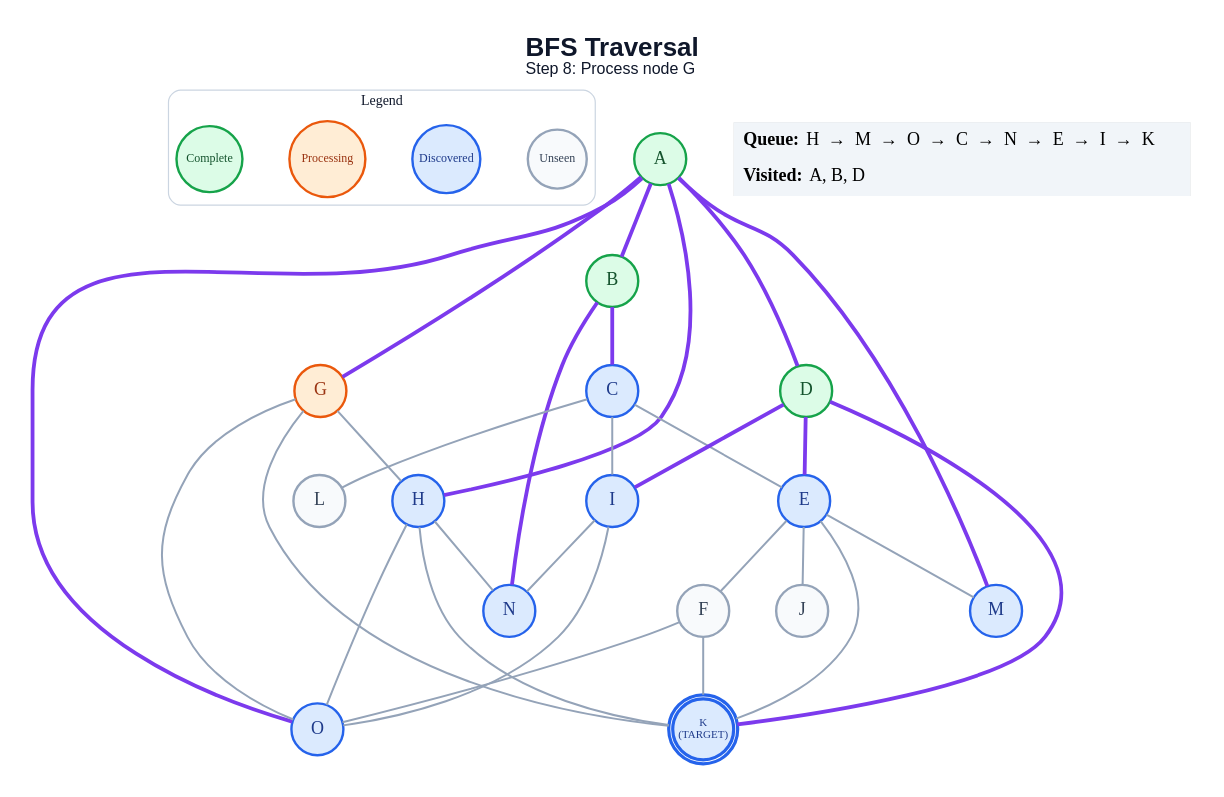
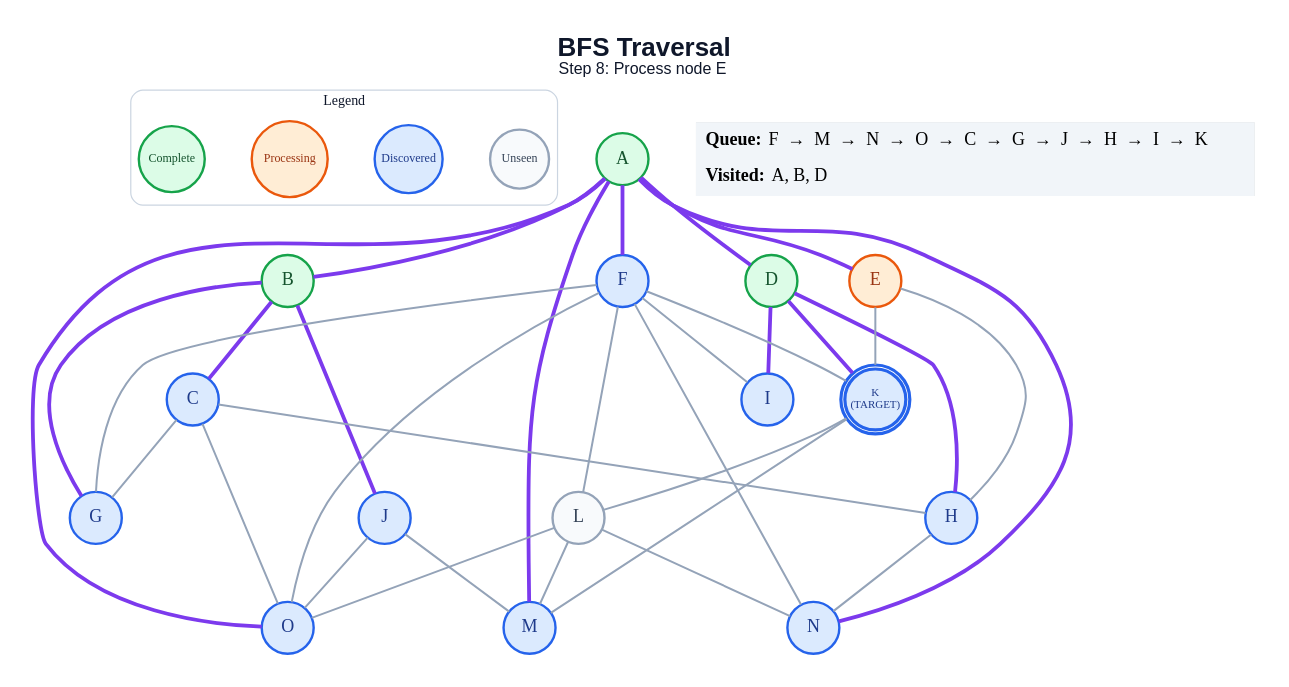
Before and after one commit to anon7238593-create/ai-slop: the diagram in generated/specific-node/bfs/step_08.dot, drawn with Graphviz. The commit also changed 260 other files, not shown here.

```diff
--- a/generated/specific-node/bfs/step_08.dot
+++ b/generated/specific-node/bfs/step_08.dot
@@ -1,62 +1,66 @@
 graph traversal {
   graph [layout=dot, rankdir=TB, bgcolor="#FFFFFF", pad="0.35", nodesep="0.65", ranksep="0.8", fontname="Arial"];
   node [shape=circle, style="filled", fontname="Arial Bold", fontsize=18, width=0.72, fixedsize=true, penwidth=2.4];
   edge [color="#94A3B8", penwidth=2.0];
-  label=<<B>BFS Traversal</B><BR/><FONT POINT-SIZE="16">Step 8: Process node G</FONT>>; labelloc="t"; fontsize=26; fontname="Arial"; fontcolor="#0F172A";
+  label=<<B>BFS Traversal</B><BR/><FONT POINT-SIZE="16">Step 8: Process node E</FONT>>; labelloc="t"; fontsize=26; fontname="Arial"; fontcolor="#0F172A";
   subgraph cluster_legend { label="Legend"; color="#CBD5E1"; penwidth=1.2; style="rounded"; fontsize=14; fontname="Arial Bold";
     key_unseen [label="Unseen", fillcolor="#F8FAFC", color="#94A3B8", fontcolor="#334155", fontsize=12, width=0.82];
     key_frontier [label="Discovered", fillcolor="#DBEAFE", color="#2563EB", fontcolor="#1E3A8A", fontsize=12, width=0.95];
     key_current [label="Processing", fillcolor="#FFEDD5", color="#EA580C", fontcolor="#9A3412", fontsize=12, width=1.05];
     key_done [label="Complete", fillcolor="#DCFCE7", color="#16A34A", fontcolor="#14532D", fontsize=12, width=0.92];
     { rank=same; key_unseen; key_frontier; key_current; key_done; }
   }
   A [label="A", fillcolor="#DCFCE7", color="#16A34A", fontcolor="#14532D", peripheries=1, penwidth=2.4];
   B [label="B", fillcolor="#DCFCE7", color="#16A34A", fontcolor="#14532D", peripheries=1, penwidth=2.4];
   C [label="C", fillcolor="#DBEAFE", color="#2563EB", fontcolor="#1E3A8A", peripheries=1, penwidth=2.4];
   D [label="D", fillcolor="#DCFCE7", color="#16A34A", fontcolor="#14532D", peripheries=1, penwidth=2.4];
-  E [label="E", fillcolor="#DBEAFE", color="#2563EB", fontcolor="#1E3A8A", peripheries=1, penwidth=2.4];
-  F [label="F", fillcolor="#F8FAFC", color="#94A3B8", fontcolor="#334155", peripheries=1, penwidth=2.4];
-  G [label="G", fillcolor="#FFEDD5", color="#EA580C", fontcolor="#9A3412", peripheries=1, penwidth=2.4];
+  E [label="E", fillcolor="#FFEDD5", color="#EA580C", fontcolor="#9A3412", peripheries=1, penwidth=2.4];
+  F [label="F", fillcolor="#DBEAFE", color="#2563EB", fontcolor="#1E3A8A", peripheries=1, penwidth=2.4];
+  G [label="G", fillcolor="#DBEAFE", color="#2563EB", fontcolor="#1E3A8A", peripheries=1, penwidth=2.4];
   H [label="H", fillcolor="#DBEAFE", color="#2563EB", fontcolor="#1E3A8A", peripheries=1, penwidth=2.4];
   I [label="I", fillcolor="#DBEAFE", color="#2563EB", fontcolor="#1E3A8A", peripheries=1, penwidth=2.4];
-  J [label="J", fillcolor="#F8FAFC", color="#94A3B8", fontcolor="#334155", peripheries=1, penwidth=2.4];
+  J [label="J", fillcolor="#DBEAFE", color="#2563EB", fontcolor="#1E3A8A", peripheries=1, penwidth=2.4];
   K [label="K\n(TARGET)", fillcolor="#DBEAFE", color="#2563EB", fontcolor="#1E3A8A", peripheries=2, penwidth=3.2, fontsize=11, width=0.85, height=0.85];
   L [label="L", fillcolor="#F8FAFC", color="#94A3B8", fontcolor="#334155", peripheries=1, penwidth=2.4];
   M [label="M", fillcolor="#DBEAFE", color="#2563EB", fontcolor="#1E3A8A", peripheries=1, penwidth=2.4];
   N [label="N", fillcolor="#DBEAFE", color="#2563EB", fontcolor="#1E3A8A", peripheries=1, penwidth=2.4];
   O [label="O", fillcolor="#DBEAFE", color="#2563EB", fontcolor="#1E3A8A", peripheries=1, penwidth=2.4];
   A -- B [color="#7C3AED", penwidth=3.8];
   A -- D [color="#7C3AED", penwidth=3.8];
-  A -- G [color="#7C3AED", penwidth=3.8];
-  A -- H [color="#7C3AED", penwidth=3.8];
+  A -- E [color="#7C3AED", penwidth=3.8];
+  A -- F [color="#7C3AED", penwidth=3.8];
   A -- M [color="#7C3AED", penwidth=3.8];
+  A -- N [color="#7C3AED", penwidth=3.8];
   A -- O [color="#7C3AED", penwidth=3.8];
   B -- C [color="#7C3AED", penwidth=3.8];
-  B -- N [color="#7C3AED", penwidth=3.8];
-  C -- E;
-  C -- I;
-  C -- L;
-  D -- E [color="#7C3AED", penwidth=3.8];
+  B -- G [color="#7C3AED", penwidth=3.8];
+  B -- J [color="#7C3AED", penwidth=3.8];
+  C -- G;
+  C -- H;
+  C -- O;
+  D -- H [color="#7C3AED", penwidth=3.8];
   D -- I [color="#7C3AED", penwidth=3.8];
   D -- K [color="#7C3AED", penwidth=3.8];
-  E -- F;
-  E -- J;
+  E -- H;
   E -- K;
-  E -- M;
+  F -- G;
+  F -- I;
   F -- K;
+  F -- L;
+  F -- N;
   F -- O;
-  G -- H;
-  G -- K;
-  G -- O;
-  H -- K;
   H -- N;
-  H -- O;
-  I -- N;
-  I -- O;
+  J -- M;
+  J -- O;
+  K -- L;
+  K -- M;
+  L -- M;
+  L -- N;
+  L -- O;
   status [shape=plain, fixedsize=false, width=0, height=0, margin=0, label=<
     <TABLE BORDER="0" CELLBORDER="0" CELLPADDING="7" BGCOLOR="#F1F5F9">
-      <TR><TD ALIGN="LEFT"><B>Queue:</B> H  →  M  →  O  →  C  →  N  →  E  →  I  →  K</TD></TR>
+      <TR><TD ALIGN="LEFT"><B>Queue:</B> F  →  M  →  N  →  O  →  C  →  G  →  J  →  H  →  I  →  K</TD></TR>
       <TR><TD ALIGN="LEFT"><B>Visited:</B> A, B, D</TD></TR>
     </TABLE>
   >];
 }
```
